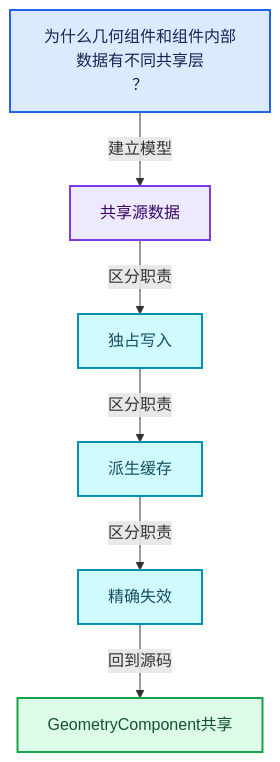
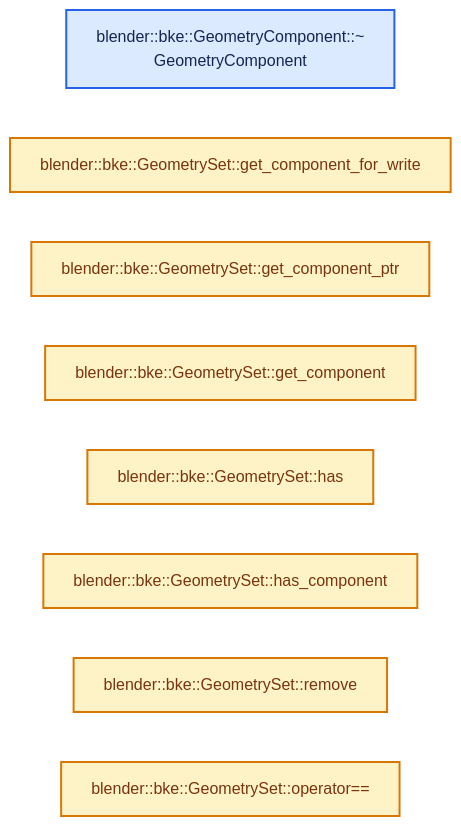
Before and after one commit to yunkezengren/blender-.vscode: the second of 4 diagrams in 杂/markdown/全面学习-codex/06-隐式共享与缓存系统/04-GeometryComponent共享.md, drawn with Mermaid. The commit also changed other lines of this file and 1930 other files, not shown here.

````diff
--- a/杂/markdown/全面学习-codex/06-隐式共享与缓存系统/04-GeometryComponent共享.md
+++ b/杂/markdown/全面学习-codex/06-隐式共享与缓存系统/04-GeometryComponent共享.md
@@ -60,20 +46,17 @@
 ```mermaid
-flowchart TB
-  Q["为什么几何组件和组件内部数据有不同共享层<br/>？"]:::input
-  C0["共享源数据"]:::abstraction
-  C1["独占写入"]:::data
-  C2["派生缓存"]:::data
-  C3["精确失效"]:::data
-  R["GeometryComponent共享"]:::result
-  Q -->|"建立模型"| C0
-  C0 -->|"区分职责"| C1
-  C1 -->|"区分职责"| C2
-  C2 -->|"区分职责"| C3
-  C3 -->|"回到源码"| R
+flowchart LR
+  F0["blender::bke::GeometryComponent::~<br/>GeometryComponent"]:::input
+  F1["blender::bke::GeometrySet::get_component_for_write"]:::compute
+  F2["blender::bke::GeometrySet::get_component_ptr"]:::compute
+  F3["blender::bke::GeometrySet::get_component"]:::compute
+  F4["blender::bke::GeometrySet::has"]:::compute
+  F5["blender::bke::GeometrySet::has_component"]:::compute
+  F6["blender::bke::GeometrySet::remove"]:::compute
+  F7["blender::bke::GeometrySet::operator=="]:::compute
   classDef input fill:#DBEAFE,stroke:#2563EB,color:#172554,stroke-width:2px;
   classDef data fill:#CFFAFE,stroke:#0891B2,color:#164E63,stroke-width:2px;
   classDef abstraction fill:#EDE9FE,stroke:#7C3AED,color:#3B0764,stroke-width:2px;
   classDef compute fill:#FEF3C7,stroke:#D97706,color:#78350F,stroke-width:2px;
   classDef result fill:#DCFCE7,stroke:#16A34A,color:#14532D,stroke-width:2px;
   classDef error fill:#FEE2E2,stroke:#DC2626,color:#7F1D1D,stroke-width:2px;
 ```
````
